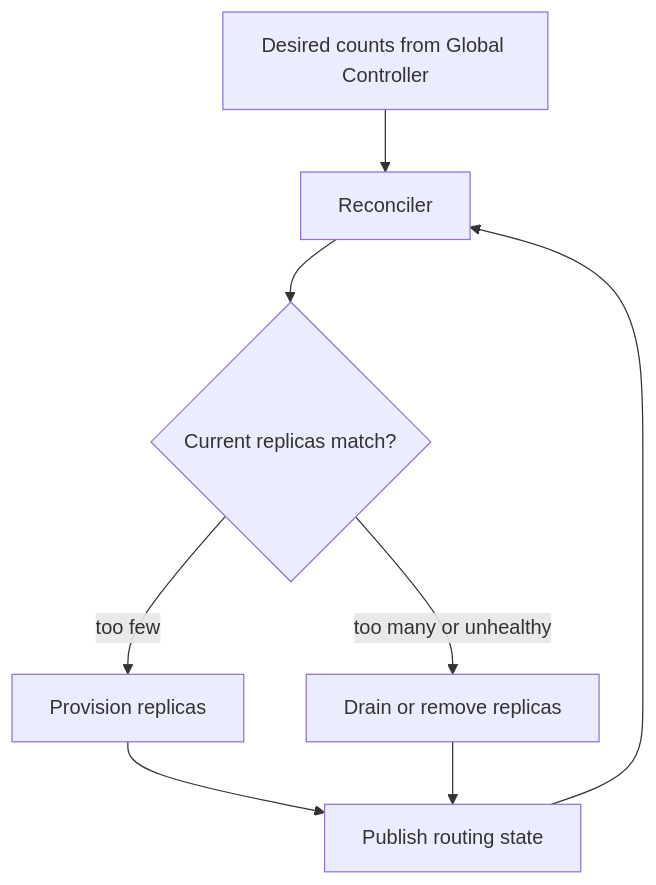
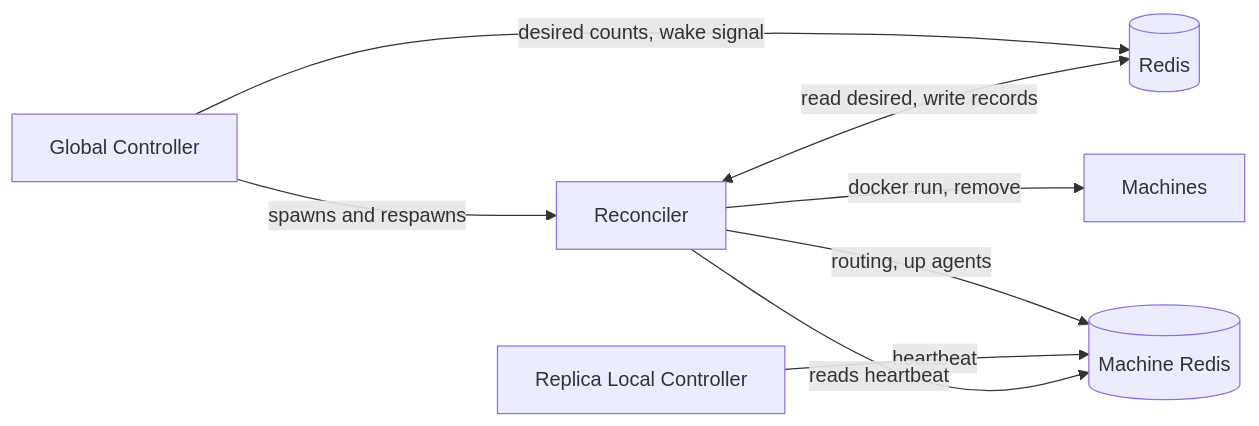
Before and after one commit to CanyonCodeCoreAI/canyonos: the first of 2 diagrams in docs/architecture/RECONCILER.md, drawn with Mermaid. The commit also changed other lines of this file and 8 other files, not shown here.

````diff
--- a/docs/architecture/RECONCILER.md
+++ b/docs/architecture/RECONCILER.md
@@ -24,10 +13,10 @@
 ```mermaid
-flowchart TD
-    C[Desired counts from Global Controller] --> R[Reconciler]
-    R --> Q{Current replicas match?}
-    Q -->|too few| P[Provision replicas]
-    Q -->|too many or unhealthy| D[Drain or remove replicas]
-    P --> S[Publish routing state]
-    D --> S
-    S --> R
+flowchart LR
+    GC[Global Controller] -->|desired counts, wake signal| R[(Redis)]
+    GC -->|spawns and respawns| RC[Reconciler]
+    RC <-->|read desired, write records| R
+    RC -->|docker run, remove| M[Machines]
+    RC -->|routing, up agents| MR[(Machine Redis)]
+    LC[Replica Local Controller] -->|heartbeat| MR
+    RC -->|reads heartbeat| MR
 ```
````
